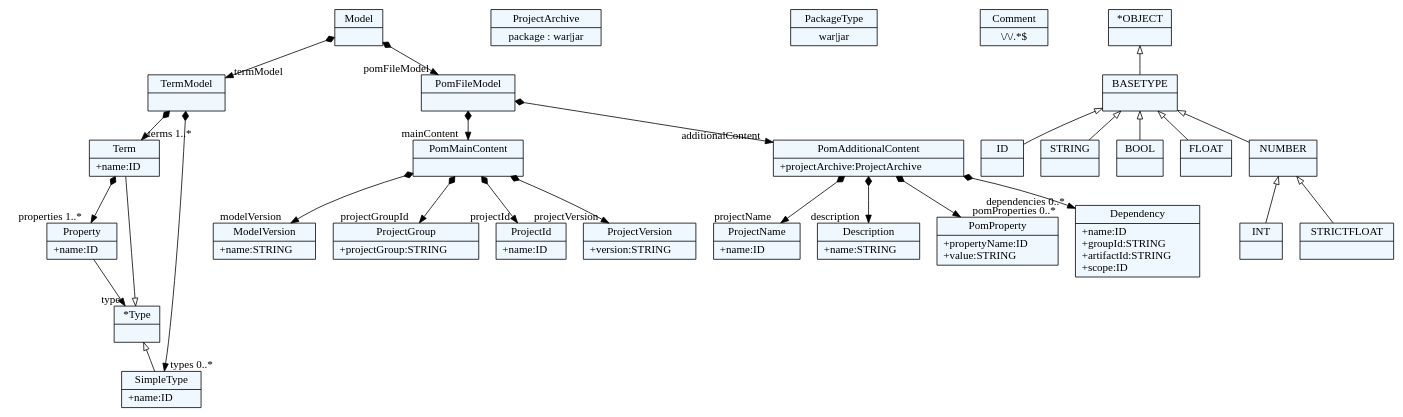
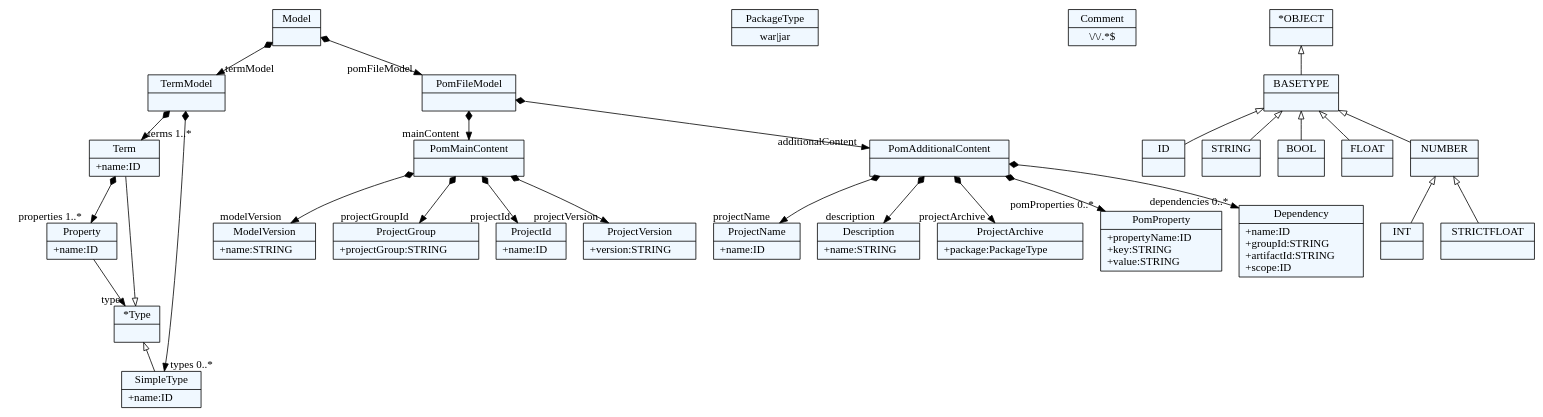
Before and after one commit to jovan996/Projekat-JSD: the diagram in dotexport/term.dot, drawn with Graphviz. The commit also changed 5 other files, not shown here.

Commit message:
Pom.xml main content generated #1

```diff
--- a/dotexport/term.dot
+++ b/dotexport/term.dot
@@ -1,101 +1,102 @@
 
     digraph textX {
     fontname = "Bitstream Vera Sans"
     fontsize = 8
     node[
         shape=record,
         style=filled,
         fillcolor=aliceblue
     ]
     nodesep = 0.3
     edge[dir=black,arrowtail=empty]
 
 
-2209671333560[ label="{Model|}"]
+1699174261608[ label="{Model|}"]
 
-2209671329784[ label="{TermModel|}"]
+1699174274824[ label="{TermModel|}"]
 
-2209671334504[ label="{Term|+name:ID\l}"]
+1699174278600[ label="{Term|+name:ID\l}"]
 
-2209671337336[ label="{Property|+name:ID\l}"]
+1699174267272[ label="{Property|+name:ID\l}"]
 
-2209671340168[ label="{*Type|}"]
+1699174257832[ label="{*Type|}"]
 
-2209671323176[ label="{SimpleType|+name:ID\l}"]
+1699174377720[ label="{SimpleType|+name:ID\l}"]
 
-2209671310904[ label="{PomFileModel|}"]
+1699174281432[ label="{PomFileModel|}"]
 
-2209671344888[ label="{PomMainContent|}"]
+1699174284264[ label="{PomMainContent|}"]
 
-2209671360936[ label="{ModelVersion|+name:STRING\l}"]
+1699174254056[ label="{ModelVersion|+name:STRING\l}"]
 
-2209671359992[ label="{ProjectGroup|+projectGroup:STRING\l}"]
+1699174288040[ label="{ProjectGroup|+projectGroup:STRING\l}"]
 
-2209671356216[ label="{ProjectId|+name:ID\l}"]
+1699174289928[ label="{ProjectId|+name:ID\l}"]
 
-2209671343944[ label="{ProjectVersion|+version:STRING\l}"]
+1699174280488[ label="{ProjectVersion|+version:STRING\l}"]
 
-2209671313736[ label="{PomAdditionalContent|+projectArchive:ProjectArchive\l}"]
+1699174282376[ label="{PomAdditionalContent|}"]
 
-2209671342056[ label="{ProjectName|+name:ID\l}"]
+1699174258776[ label="{ProjectName|+name:ID\l}"]
 
-2209671318456[ label="{Description|+name:STRING\l}"]
+1699174259720[ label="{Description|+name:STRING\l}"]
 
-2209671350552[ label="{ProjectArchive|package : war\|jar}"]
+1699174293704[ label="{ProjectArchive|+package:PackageType\l}"]
 
-2209671351496[ label="{PackageType|war\|jar}"]
+1699174298424[ label="{PackageType|war\|jar}"]
 
-2209671362824[ label="{PomProperty|+propertyName:ID\l+value:STRING\l}"]
+1699174299368[ label="{PomProperty|+propertyName:ID\l+key:STRING\l+value:STRING\l}"]
 
-2209671370376[ label="{Dependency|+name:ID\l+groupId:STRING\l+artifactId:STRING\l+scope:ID\l}"]
+1699174307864[ label="{Dependency|+name:ID\l+groupId:STRING\l+artifactId:STRING\l+scope:ID\l}"]
 
-2209671371320[ label="{Comment|\\/\\/.*$}"]
+1699174304088[ label="{Comment|\\/\\/.*$}"]
 
-2209671326952[ label="{ID|}"]
+1699174369224[ label="{ID|}"]
 
-2209671324120[ label="{STRING|}"]
+1699174373944[ label="{STRING|}"]
 
-2209671321288[ label="{BOOL|}"]
+1699174270104[ label="{BOOL|}"]
 
-2209671319400[ label="{INT|}"]
+1699174265384[ label="{INT|}"]
 
-2209671325064[ label="{FLOAT|}"]
+1699174252168[ label="{FLOAT|}"]
 
-2209671326008[ label="{STRICTFLOAT|}"]
+1699174266328[ label="{STRICTFLOAT|}"]
 
-2209671314680[ label="{NUMBER|}"]
+1699174275768[ label="{NUMBER|}"]
 
-2209671336392[ label="{BASETYPE|}"]
+1699174269160[ label="{BASETYPE|}"]
 
-2209671330728[ label="{*OBJECT|}"]
+1699174250280[ label="{*OBJECT|}"]
 
 
 
-2209671333560 -> 2209671329784[arrowtail=diamond, dir=both, headlabel="termModel "]
-2209671333560 -> 2209671310904[arrowtail=diamond, dir=both, headlabel="pomFileModel "]
-2209671329784 -> 2209671323176[arrowtail=diamond, dir=both, headlabel="types 0..*"]
-2209671329784 -> 2209671334504[arrowtail=diamond, dir=both, headlabel="terms 1..*"]
-2209671334504 -> 2209671337336[arrowtail=diamond, dir=both, headlabel="properties 1..*"]
-2209671337336 -> 2209671340168[headlabel="type "]
-2209671340168 -> 2209671323176 [dir=back]
-2209671340168 -> 2209671334504 [dir=back]
-2209671310904 -> 2209671344888[arrowtail=diamond, dir=both, headlabel="mainContent "]
-2209671310904 -> 2209671313736[arrowtail=diamond, dir=both, headlabel="additionalContent "]
-2209671344888 -> 2209671360936[arrowtail=diamond, dir=both, headlabel="modelVersion "]
-2209671344888 -> 2209671359992[arrowtail=diamond, dir=both, headlabel="projectGroupId "]
-2209671344888 -> 2209671356216[arrowtail=diamond, dir=both, headlabel="projectId "]
-2209671344888 -> 2209671343944[arrowtail=diamond, dir=both, headlabel="projectVersion "]
-2209671313736 -> 2209671342056[arrowtail=diamond, dir=both, headlabel="projectName "]
-2209671313736 -> 2209671318456[arrowtail=diamond, dir=both, headlabel="description "]
-2209671313736 -> 2209671362824[arrowtail=diamond, dir=both, headlabel="pomProperties 0..*"]
-2209671313736 -> 2209671370376[arrowtail=diamond, dir=both, headlabel="dependencies 0..*"]
-2209671314680 -> 2209671326008 [dir=back]
-2209671314680 -> 2209671319400 [dir=back]
-2209671336392 -> 2209671314680 [dir=back]
-2209671336392 -> 2209671325064 [dir=back]
-2209671336392 -> 2209671321288 [dir=back]
-2209671336392 -> 2209671326952 [dir=back]
-2209671336392 -> 2209671324120 [dir=back]
-2209671330728 -> 2209671336392 [dir=back]
+1699174261608 -> 1699174274824[arrowtail=diamond, dir=both, headlabel="termModel "]
+1699174261608 -> 1699174281432[arrowtail=diamond, dir=both, headlabel="pomFileModel "]
+1699174274824 -> 1699174377720[arrowtail=diamond, dir=both, headlabel="types 0..*"]
+1699174274824 -> 1699174278600[arrowtail=diamond, dir=both, headlabel="terms 1..*"]
+1699174278600 -> 1699174267272[arrowtail=diamond, dir=both, headlabel="properties 1..*"]
+1699174267272 -> 1699174257832[headlabel="type "]
+1699174257832 -> 1699174377720 [dir=back]
+1699174257832 -> 1699174278600 [dir=back]
+1699174281432 -> 1699174284264[arrowtail=diamond, dir=both, headlabel="mainContent "]
+1699174281432 -> 1699174282376[arrowtail=diamond, dir=both, headlabel="additionalContent "]
+1699174284264 -> 1699174254056[arrowtail=diamond, dir=both, headlabel="modelVersion "]
+1699174284264 -> 1699174288040[arrowtail=diamond, dir=both, headlabel="projectGroupId "]
+1699174284264 -> 1699174289928[arrowtail=diamond, dir=both, headlabel="projectId "]
+1699174284264 -> 1699174280488[arrowtail=diamond, dir=both, headlabel="projectVersion "]
+1699174282376 -> 1699174293704[arrowtail=diamond, dir=both, headlabel="projectArchive "]
+1699174282376 -> 1699174258776[arrowtail=diamond, dir=both, headlabel="projectName "]
+1699174282376 -> 1699174259720[arrowtail=diamond, dir=both, headlabel="description "]
+1699174282376 -> 1699174299368[arrowtail=diamond, dir=both, headlabel="pomProperties 0..*"]
+1699174282376 -> 1699174307864[arrowtail=diamond, dir=both, headlabel="dependencies 0..*"]
+1699174275768 -> 1699174266328 [dir=back]
+1699174275768 -> 1699174265384 [dir=back]
+1699174269160 -> 1699174275768 [dir=back]
+1699174269160 -> 1699174252168 [dir=back]
+1699174269160 -> 1699174270104 [dir=back]
+1699174269160 -> 1699174369224 [dir=back]
+1699174269160 -> 1699174373944 [dir=back]
+1699174250280 -> 1699174269160 [dir=back]
 
 }
```
